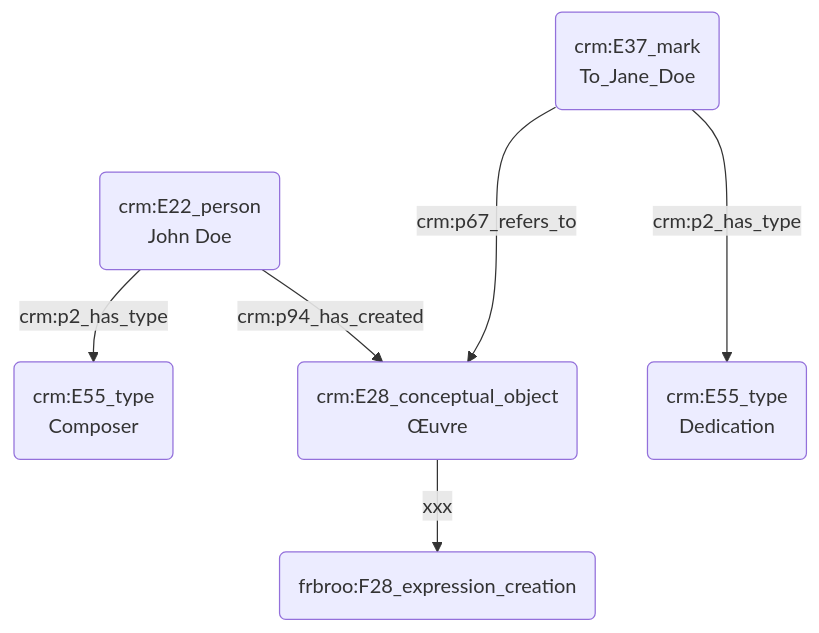
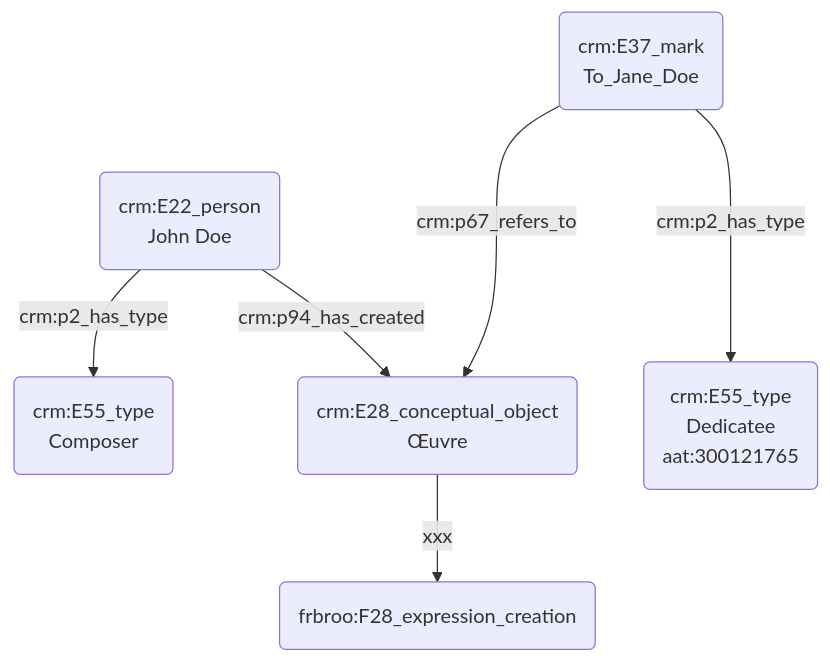
The diagram in modules/livrables/Dossier 2/Indexation conceptuelle/dédicataire d'une œuvre.md (Amleth/consortium-musica2-gt2-ontologies), drawn with Mermaid before and after one commit.

Commit message:
Update dédicataire d'une œuvre.md

````diff
--- a/modules/livrables/Dossier 2/Indexation conceptuelle/dédicataire d'une œuvre.md
+++ b/modules/livrables/Dossier 2/Indexation conceptuelle/dédicataire d'une œuvre.md
@@ -13,10 +13,10 @@
 ```mermaid
 graph TD;
 
 A(crm:E22_person<br>John Doe) --> |crm:p2_has_type| B(crm:E55_type<br>Composer)
 A(crm:E22_person<br>John Doe) --> |crm:p94_has_created| C(crm:E28_conceptual_object<br>Œuvre)
 D(crm:E37_mark<br>To_Jane_Doe) ---> |crm:p67_refers_to| C(crm:E28_conceptual_object<br>Œuvre)
 C(crm:E28_conceptual_object<br>Œuvre) --> |xxx| F(frbroo:F28_expression_creation)
-D(crm:E37_mark<br>To_Jane_Doe) ---> |crm:p2_has_type| E(crm:E55_type<br>Dedication)
+D(crm:E37_mark<br>To_Jane_Doe) ---> |crm:p2_has_type| E(crm:E55_type<br>Dedicatee<br>aat:300121765)
 
 ```
````
